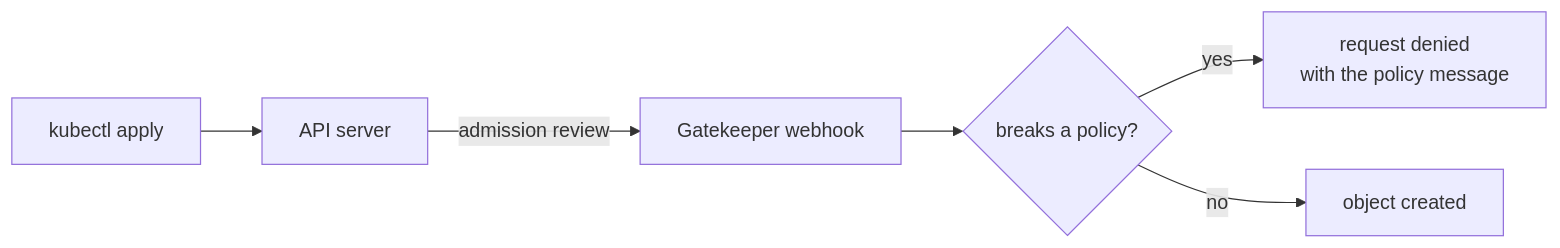
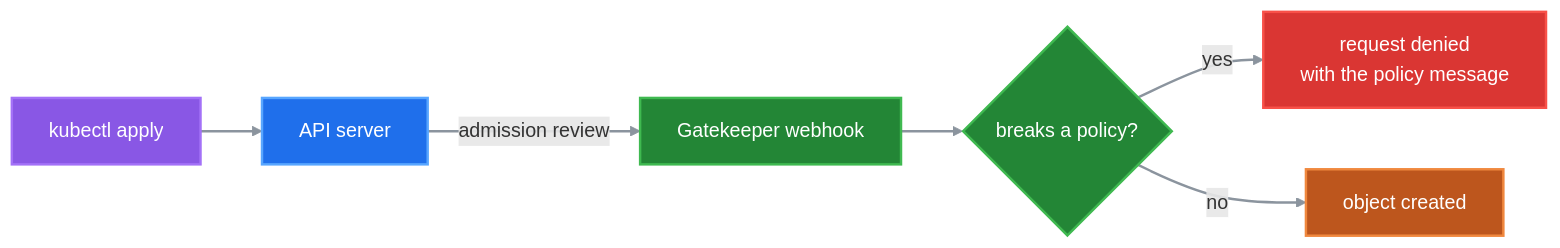
One commit to raslenraslen/opa-gatekeeper-lab changed the diagram in README.md. Above: the diagram before and after it, drawn with Mermaid.

Commit message:
Color the architecture diagram

````diff
--- a/README.md
+++ b/README.md
@@ -52,8 +52,20 @@
 ```mermaid
 flowchart LR
     U["kubectl apply"] --> A["API server"]
     A -- "admission review" --> G["Gatekeeper webhook"]
     G --> D{"breaks a policy?"}
     D -- "yes" --> R["request denied<br/>with the policy message"]
     D -- "no" --> OK["object created"]
+
+    classDef client fill:#8957e5,stroke:#a371f7,color:#ffffff,stroke-width:2px
+    classDef network fill:#1f6feb,stroke:#58a6ff,color:#ffffff,stroke-width:2px
+    classDef controller fill:#238636,stroke:#3fb950,color:#ffffff,stroke-width:2px
+    classDef app fill:#bd561d,stroke:#f0883e,color:#ffffff,stroke-width:2px
+    classDef deny fill:#da3633,stroke:#f85149,color:#ffffff,stroke-width:2px
+    class U client
+    class A network
+    class G,D controller
+    class OK app
+    class R deny
+    linkStyle default stroke:#8b949e,stroke-width:2px
 ```
````
